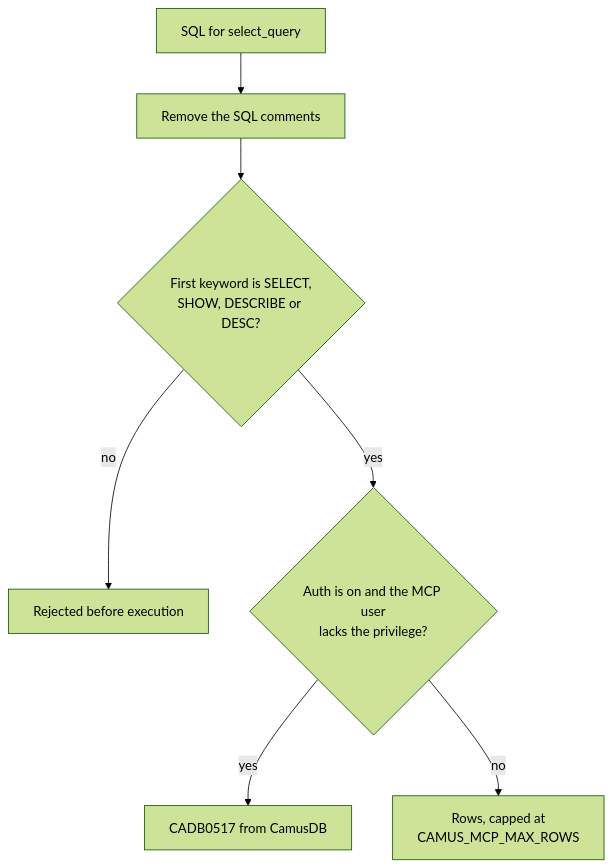
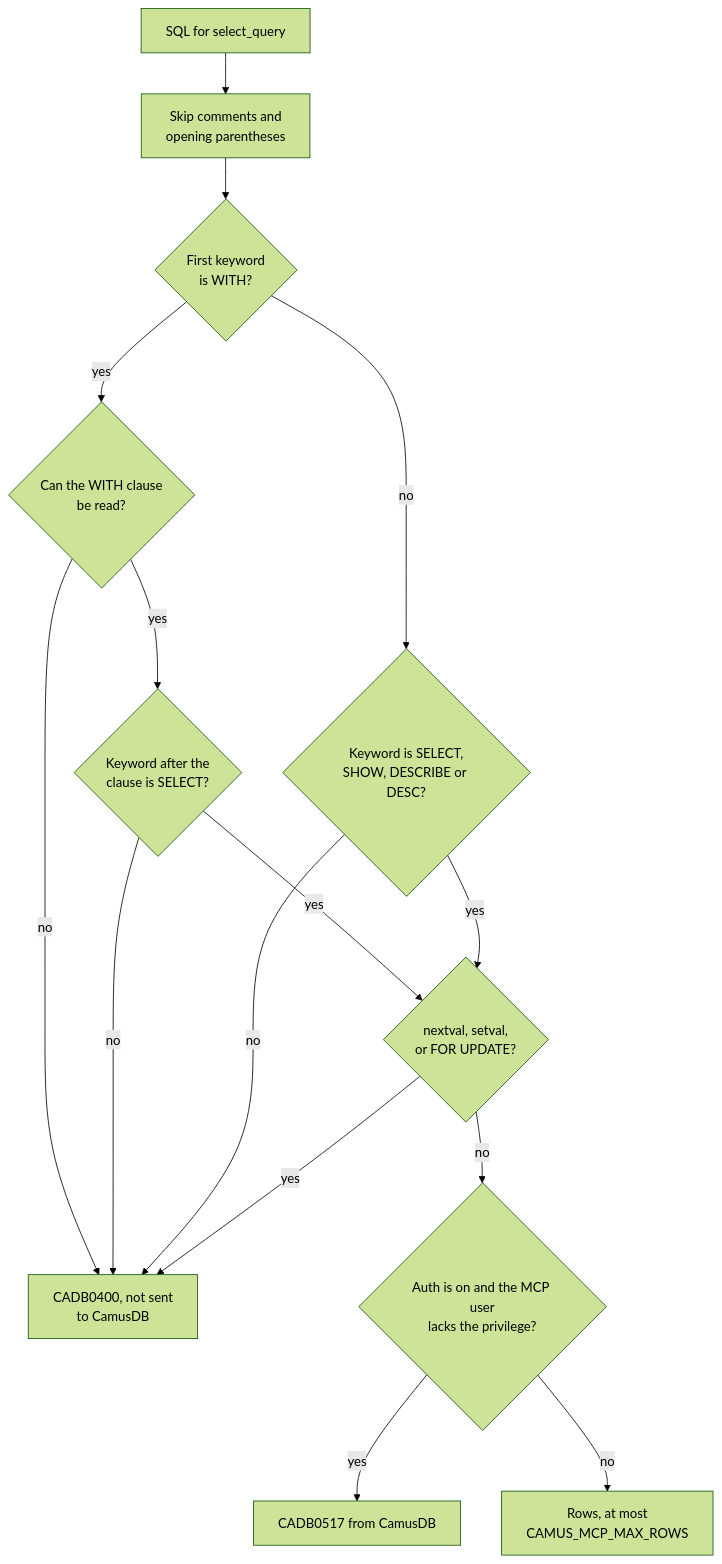
The diagram in docs/mcp-server.md (camusdb/camusdb.github.io), drawn with Mermaid (forest theme) before and after one commit. The commit also changed other lines of this file and 216 other files, not shown here.

````diff
--- a/docs/mcp-server.md
+++ b/docs/mcp-server.md
@@ -295,9 +344,17 @@
 ```mermaid
 flowchart TD
-    Q["SQL for select_query"] --> S["Remove the SQL comments"]
-    S --> K{"First keyword is SELECT,<br/>SHOW, DESCRIBE or DESC?"}
-    K -->|no| R["Rejected before execution"]
-    K -->|yes| P{"Auth is on and the MCP user<br/>lacks the privilege?"}
+    Q["SQL for select_query"] --> S["Skip comments and<br/>opening parentheses"]
+    S --> W{"First keyword<br/>is WITH?"}
+    W -->|no| K{"Keyword is SELECT,<br/>SHOW, DESCRIBE or DESC?"}
+    W -->|yes| C{"Can the WITH clause<br/>be read?"}
+    C -->|no| R["CADB0400, not sent<br/>to CamusDB"]
+    C -->|yes| X{"Keyword after the<br/>clause is SELECT?"}
+    X -->|no| R
+    K -->|no| R
+    X -->|yes| L{"nextval, setval,<br/>or FOR UPDATE?"}
+    K -->|yes| L
+    L -->|yes| R
+    L -->|no| P{"Auth is on and the MCP user<br/>lacks the privilege?"}
     P -->|yes| E["CADB0517 from CamusDB"]
-    P -->|no| OK["Rows, capped at<br/>CAMUS_MCP_MAX_ROWS"]
+    P -->|no| OK["Rows, at most<br/>CAMUS_MCP_MAX_ROWS"]
 ```
````
